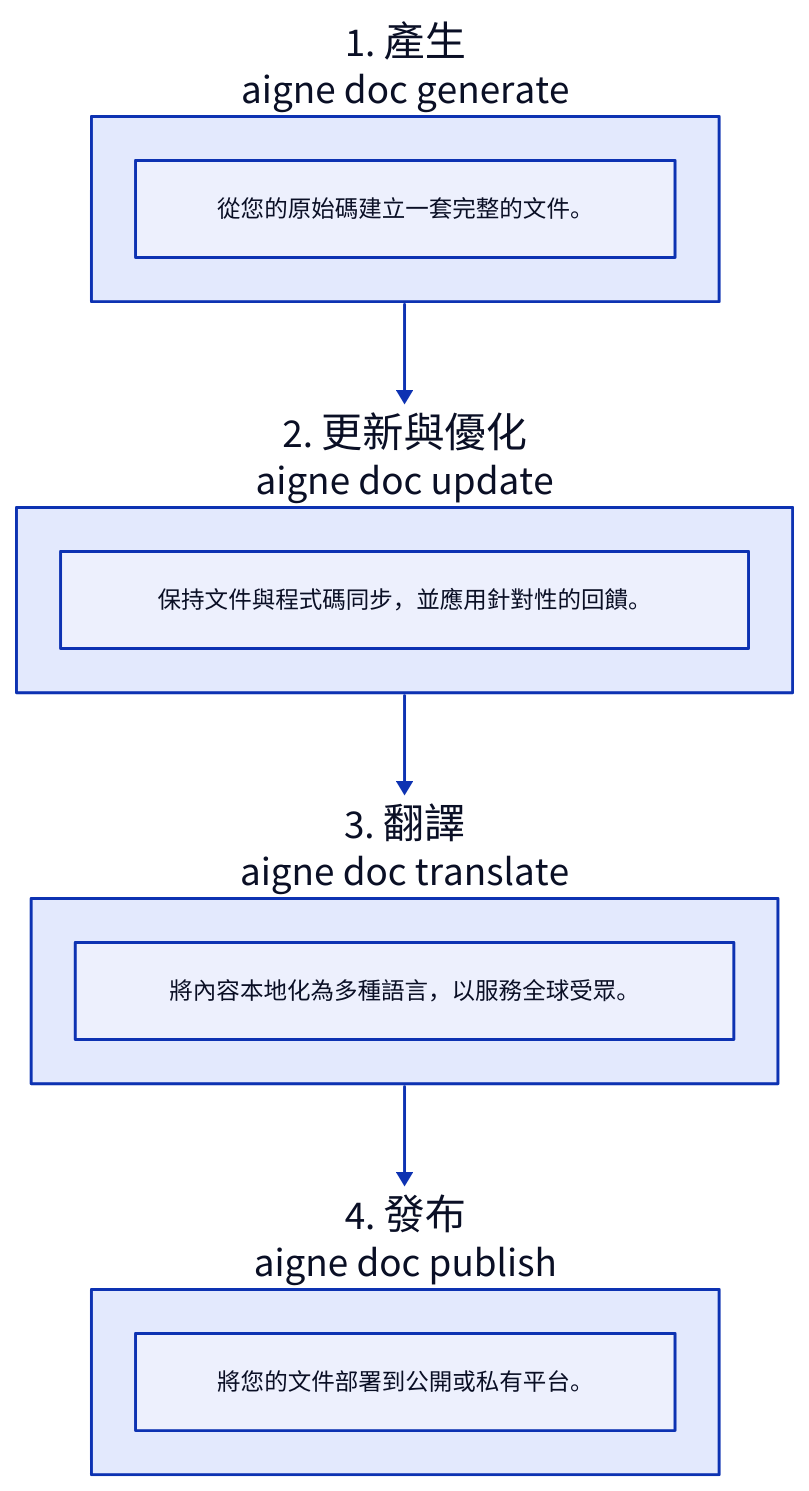
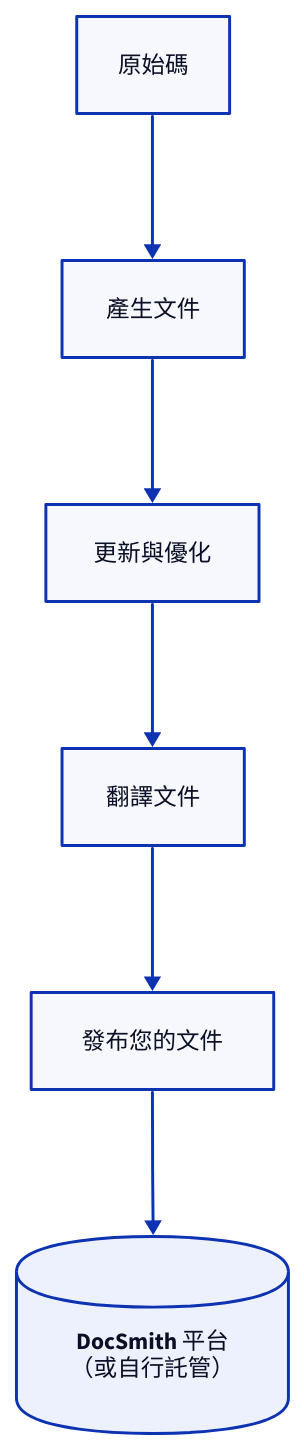
One commit to AIGNE-io/aigne-doc-smith changed the diagram in docs/features.zh-TW.md. Above: the diagram before and after it, drawn with D2. The commit also changed other lines of this file and 84 other files, not shown here.

````diff
--- a/docs/features.zh-TW.md
+++ b/docs/features.zh-TW.md
@@ -5,29 +5,39 @@
 ```d2
 direction: down
 
-Generate: {
-  label: "1. 產生\naigne doc generate"
+source-code: {
+  label: "原始碼"
   shape: rectangle
-  description: "從您的原始碼建立一套完整的文件。"
 }
 
-Refine: {
-  label: "2. 更新與優化\naigne doc update"
+generate-documentation: {
+  label: "產生文件"
   shape: rectangle
-  description: "保持文件與程式碼同步，並應用針對性的回饋。"
 }
 
-Translate: {
-  label: "3. 翻譯\naigne doc translate"
+update-and-refine: {
+  label: "更新與優化"
   shape: rectangle
-  description: "將內容本地化為多種語言，以服務全球受眾。"
 }
 
-Publish: {
-  label: "4. 發布\naigne doc publish"
+translate-documentation: {
+  label: "翻譯文件"
   shape: rectangle
-  description: "將您的文件部署到公開或私有平台。"
 }
 
-Generate -> Refine -> Translate -> Publish
+publish-docs: {
+  label: "發布您的文件"
+  shape: rectangle
+}
+
+platform: {
+  label: "DocSmith 平台\n（或自行託管）"
+  shape: cylinder
+}
+
+source-code -> generate-documentation
+generate-documentation -> update-and-refine
+update-and-refine -> translate-documentation
+translate-documentation -> publish-docs
+publish-docs -> platform
 ```
````
